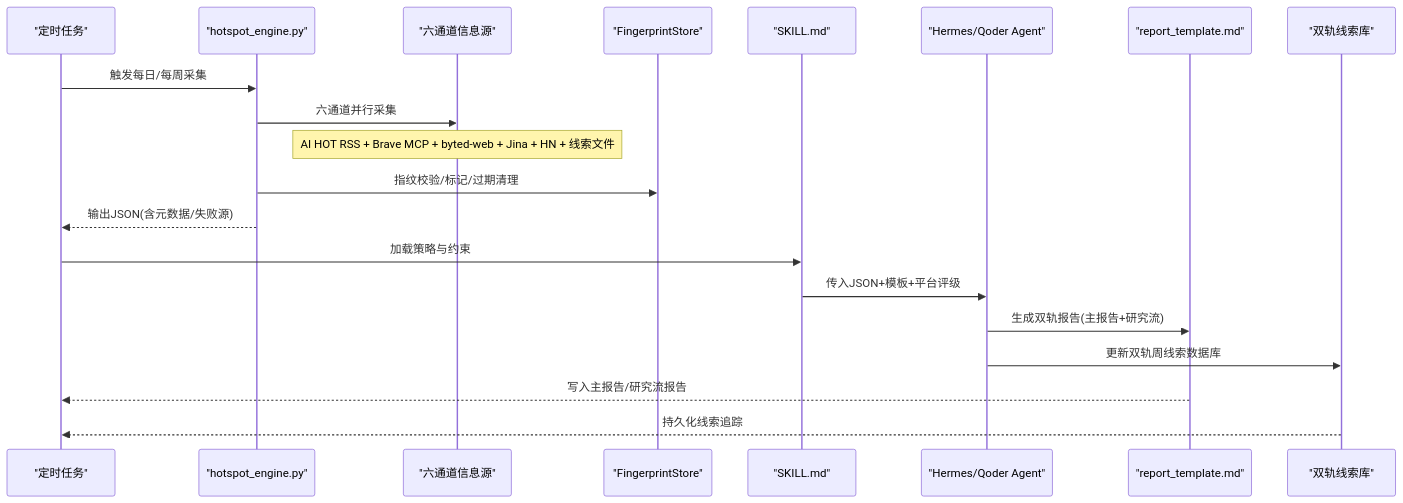
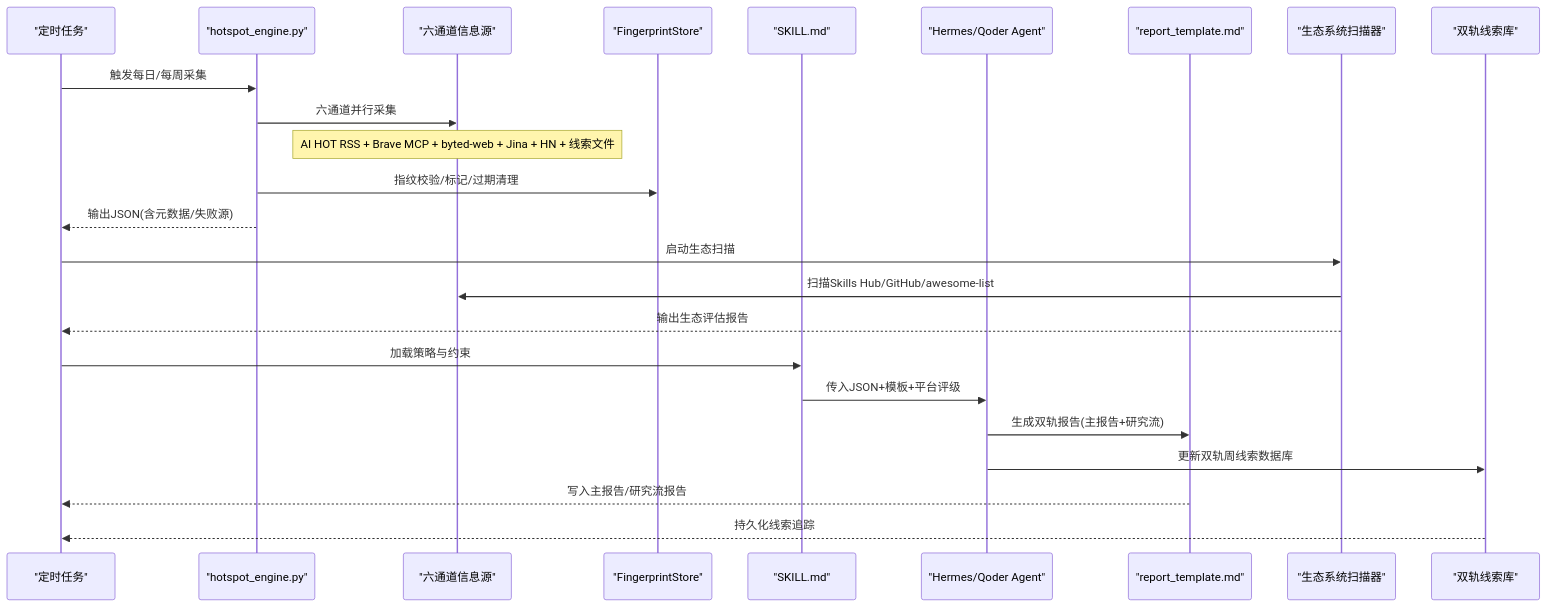
One commit to John198912/hermes_workspace changed the second of 4 diagrams in .qoder/repowiki/zh/content/核心技能详解/Qoder Agent 每日热点报告系统.md. Above: the diagram before and after it, drawn with Mermaid. The commit also changed other lines of this file and 1 other file, not shown here.

````diff
--- a/.qoder/repowiki/zh/content/核心技能详解/Qoder Agent 每日热点报告系统.md
+++ b/.qoder/repowiki/zh/content/核心技能详解/Qoder Agent 每日热点报告系统.md
@@ -121,22 +133,26 @@
 ```mermaid
 sequenceDiagram
 participant Cron as "定时任务"
 participant Engine as "hotspot_engine.py"
 participant Sources as "六通道信息源"
 participant Store as "FingerprintStore"
 participant Skill as "SKILL.md"
 participant LLM as "Hermes/Qoder Agent"
 participant Report as "report_template.md"
+participant Scanner as "生态系统扫描器"
 participant Clues as "双轨线索库"
 Cron->>Engine : 触发每日/每周采集
 Engine->>Sources : 六通道并行采集
 Note over Sources : AI HOT RSS + Brave MCP + byted-web + Jina + HN + 线索文件
 Engine->>Store : 指纹校验/标记/过期清理
 Engine-->>Cron : 输出JSON(含元数据/失败源)
+Cron->>Scanner : 启动生态扫描
+Scanner->>Sources : 扫描Skills Hub/GitHub/awesome-list
+Scanner-->>Cron : 输出生态评估报告
 Cron->>Skill : 加载策略与约束
 Skill->>LLM : 传入JSON+模板+平台评级
 LLM->>Report : 生成双轨报告(主报告+研究流)
 LLM->>Clues : 更新双轨周线索数据库
 Report-->>Cron : 写入主报告/研究流报告
 Clues-->>Cron : 持久化线索追踪
 ```
````
